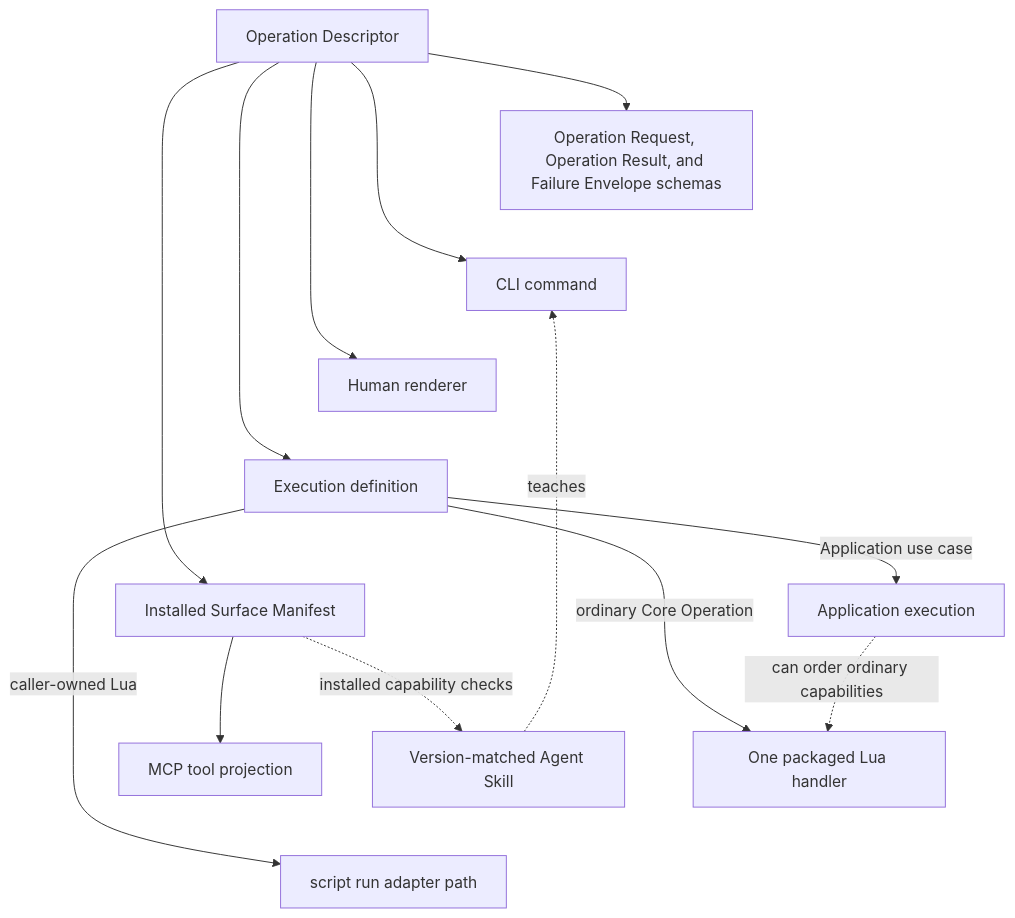
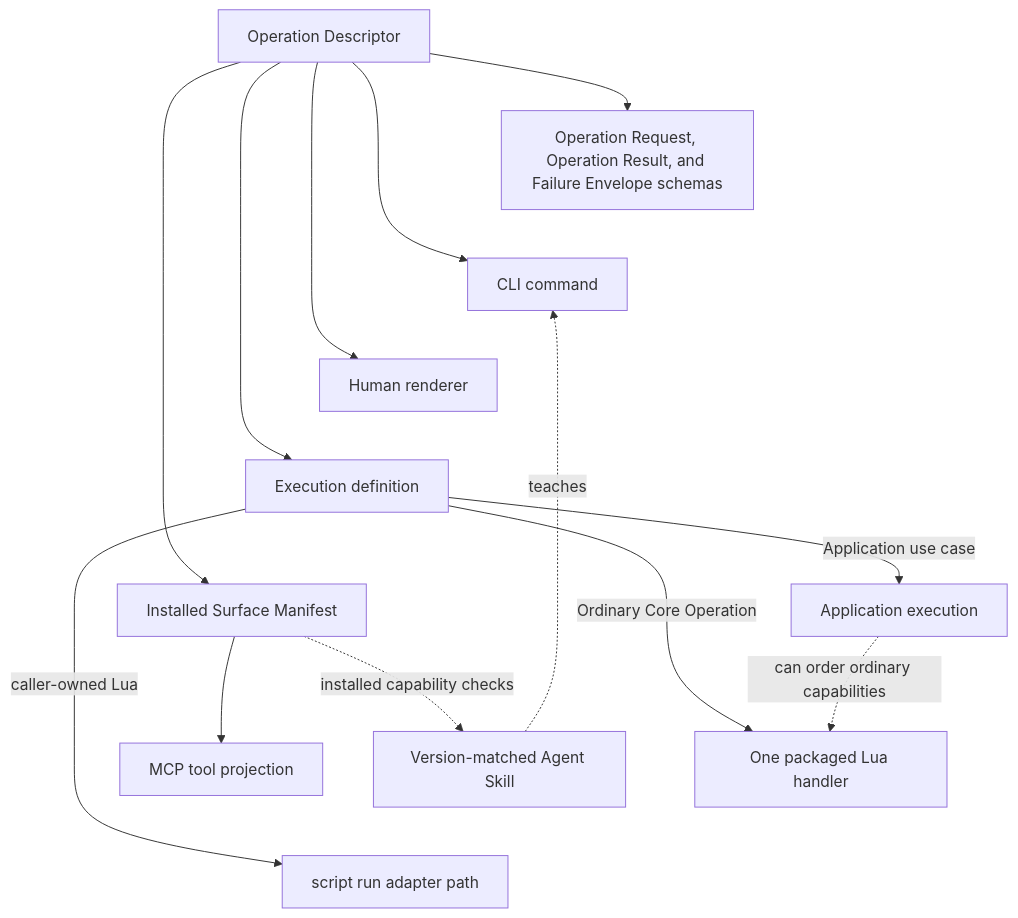
Before and after one commit to aigengame/aseprite-automation: the fifth of 7 diagrams in ARCHITECTURE.md, drawn with Mermaid. The commit also changed other lines of this file and 10 other files, not shown here.

````diff
--- a/ARCHITECTURE.md
+++ b/ARCHITECTURE.md
@@ -320,24 +324,24 @@
 ```mermaid
 flowchart TB
     Descriptor[Operation Descriptor] --> Request[Operation Request, Operation Result, and Failure Envelope schemas]
     Descriptor --> CLICommand[CLI command]
     Descriptor --> Renderer[Human renderer]
     Descriptor --> Execution[Execution definition]
     Descriptor --> Manifest[Installed Surface Manifest]
 
     %% Invisible links stack descriptor facets vertically without changing ownership.
     Request ~~~ CLICommand
     CLICommand ~~~ Renderer
     Renderer ~~~ Execution
     Execution ~~~ Manifest
 
-    Execution -->|ordinary Core Operation| Binding[One packaged Lua handler]
+    Execution -->|Ordinary Core Operation| Binding[One packaged Lua handler]
     Execution -->|Application use case| AppPath[Application execution]
     AppPath -. can order ordinary capabilities .-> Binding
     Execution -->|caller-owned Lua| ScriptPath[script run adapter path]
     AppPath ~~~ Binding
     Binding ~~~ ScriptPath
     Manifest --> MCPTool[MCP tool projection]
     SkillDocs[Version-matched Agent Skill] -. teaches .-> CLICommand
     Manifest -. installed capability checks .-> SkillDocs
 ```
````
